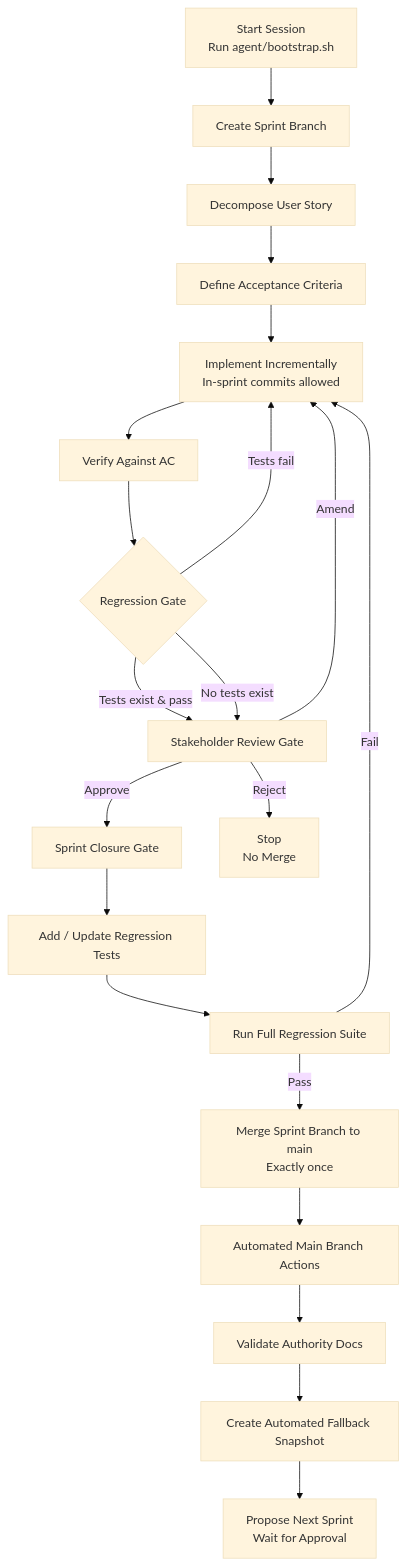
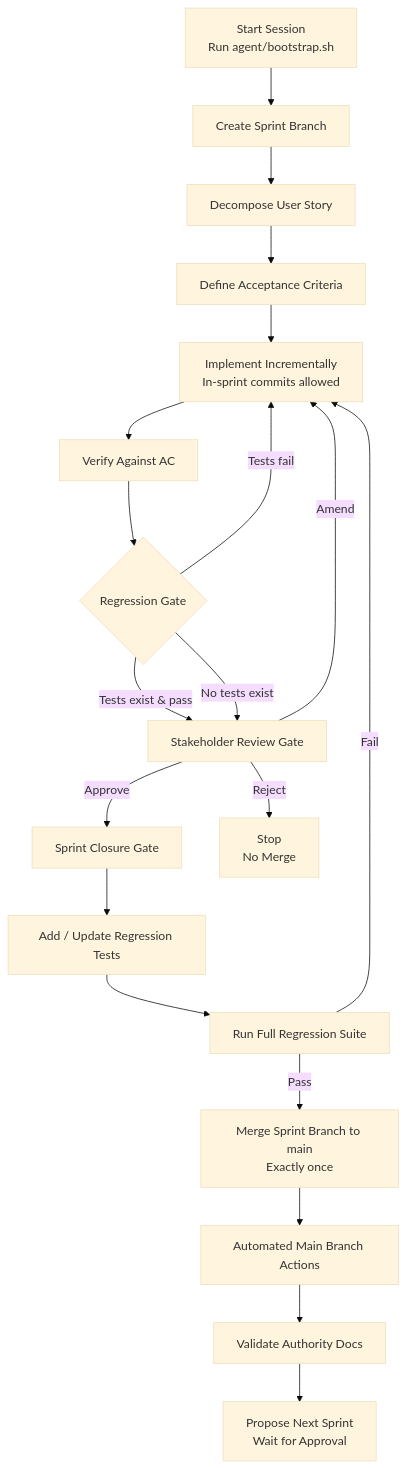
The diagram in docs/visual/WORKFLOW_FLOW.md (hilbertp/dax-agent), drawn with Mermaid (base theme) before and after one commit. The commit also changed 114 other files, not shown here.

First line of the commit message:
chore: remove fallback snapshots and snapshot automation

````diff
--- a/docs/visual/WORKFLOW_FLOW.md
+++ b/docs/visual/WORKFLOW_FLOW.md
@@ -3,29 +3,28 @@
 ```mermaid
 flowchart TD
     A[Start Session<br/>Run agent/bootstrap.sh] --> B[Create Sprint Branch]
 
     B --> C[Decompose User Story]
     C --> D[Define Acceptance Criteria]
     D --> E[Implement Incrementally<br/>In-sprint commits allowed]
     E --> F[Verify Against AC]
 
     F --> G{Regression Gate}
     G -->|Tests exist & pass| H[Stakeholder Review Gate]
     G -->|Tests fail| E
     G -->|No tests exist| H
 
     H -->|Approve| I[Sprint Closure Gate]
     H -->|Amend| E
     H -->|Reject| J[Stop<br/>No Merge]
 
     I --> K[Add / Update Regression Tests]
     K --> L[Run Full Regression Suite]
 
     L -->|Fail| E
     L -->|Pass| M[Merge Sprint Branch to main<br/>Exactly once]
 
     M --> N[Automated Main Branch Actions]
     N --> O[Validate Authority Docs]
-    O --> P[Create Automated Fallback Snapshot]
-    P --> Q[Propose Next Sprint<br/>Wait for Approval]
+    O --> Q[Propose Next Sprint<br/>Wait for Approval]
 ```
````
